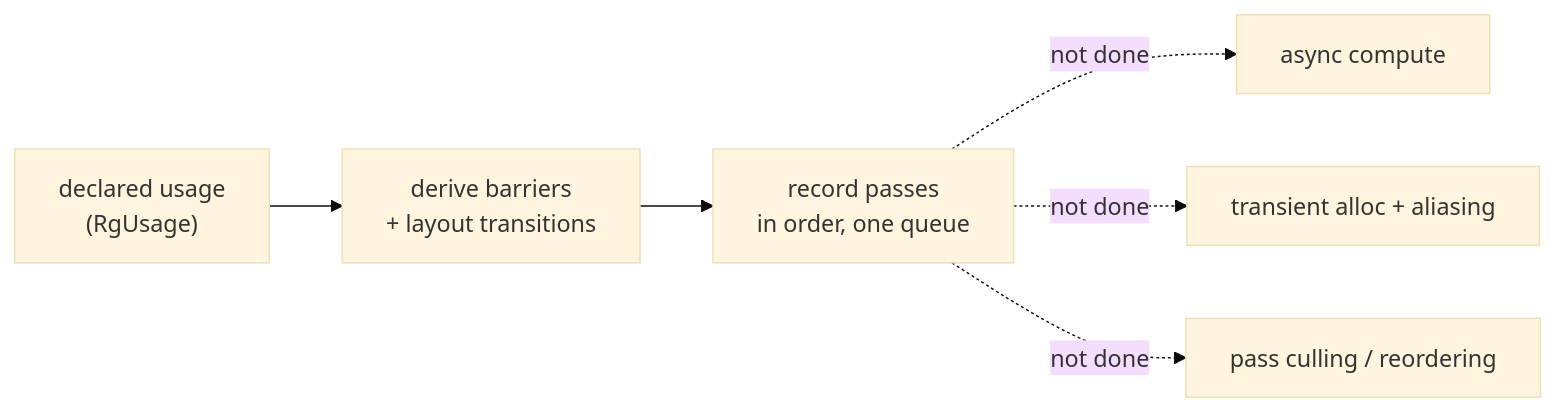
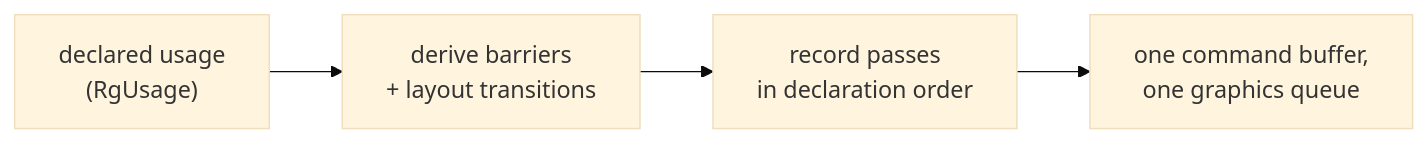
Before and after one commit to saffronjam/SaffronEngine: the diagram in docs/content/explanations/frame-and-render-graph/limits-and-seams.md, drawn with Mermaid (base theme). The commit also changed other lines of this file and 10 other files, not shown here.

First line of the commit message:
docs: rewrite the frame-and-render-graph pages

````diff
--- a/docs/content/explanations/frame-and-render-graph/limits-and-seams.md
+++ b/docs/content/explanations/frame-and-render-graph/limits-and-seams.md
@@ -94,8 +12,6 @@
 ```mermaid
 flowchart LR
     A["declared usage<br/>(RgUsage)"] --> B[derive barriers<br/>+ layout transitions]
-    B --> C[record passes<br/>in order, one queue]
-    C -. not done .-> D[async compute]
-    C -. not done .-> E[transient alloc + aliasing]
-    C -. not done .-> F[pass culling / reordering]
+    B --> C[record passes<br/>in declaration order]
+    C --> D[one command buffer,<br/>one graphics queue]
 ```
````
